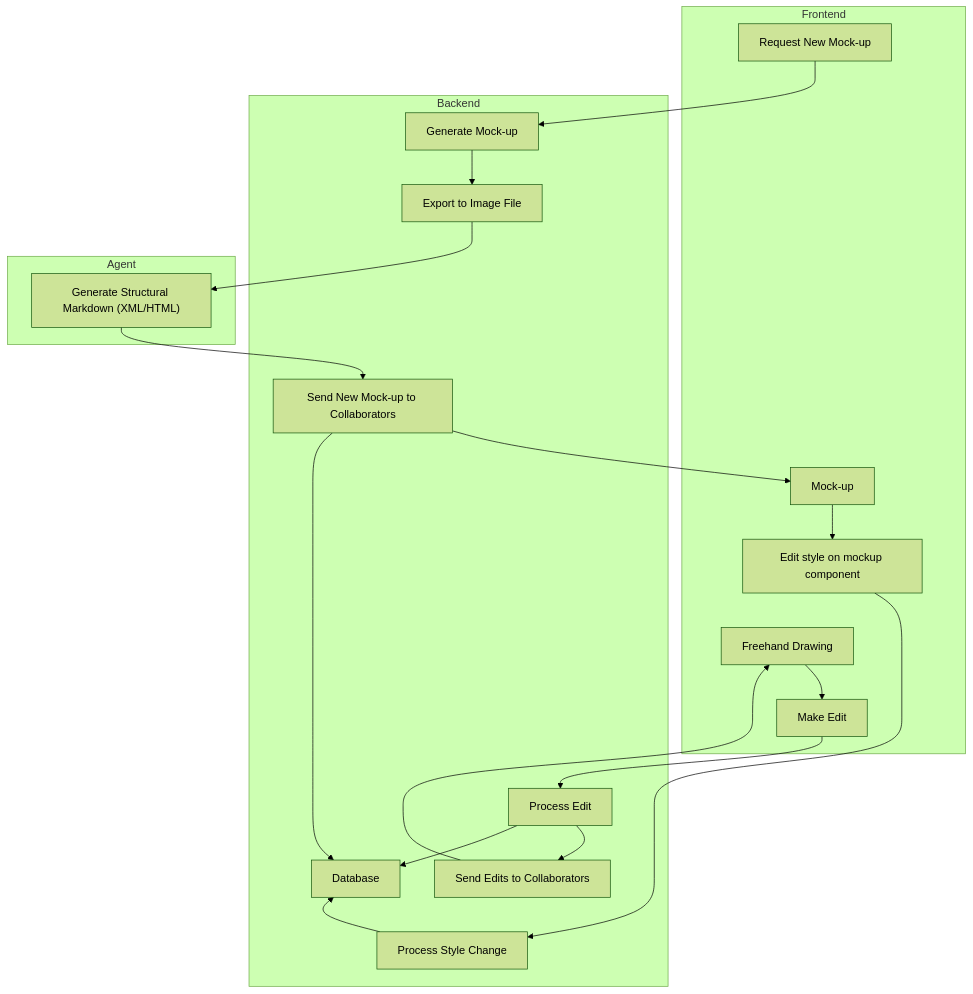
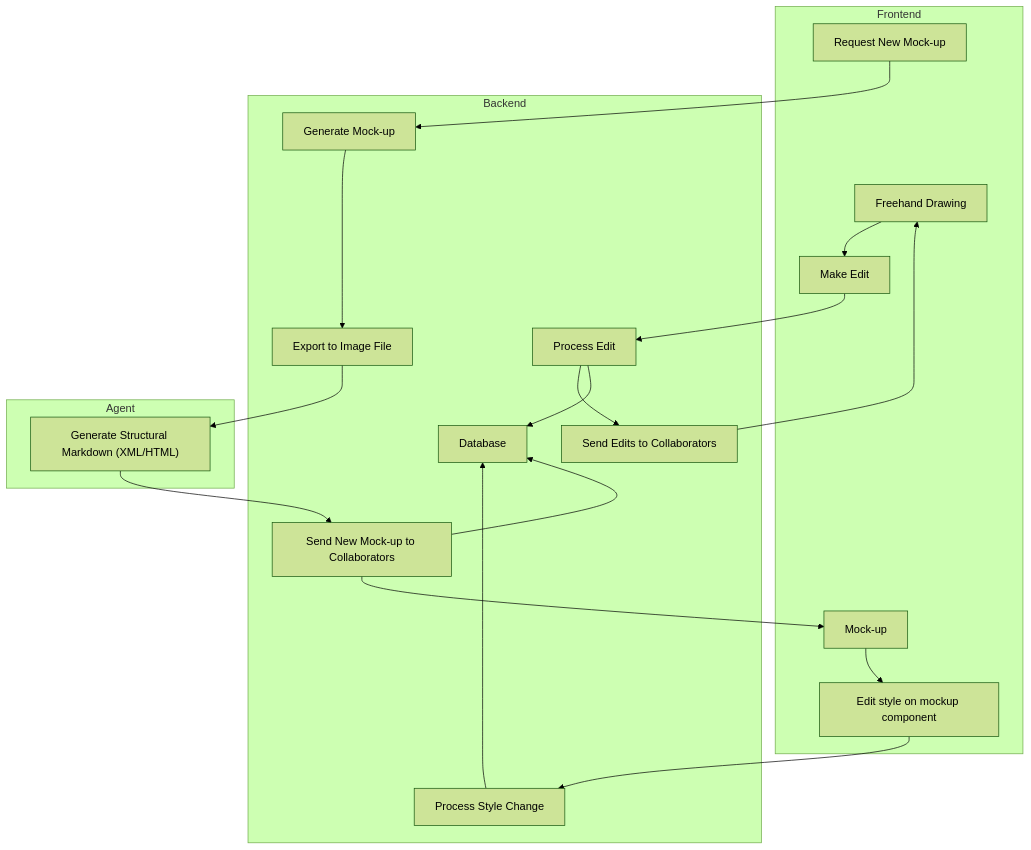
Before and after one commit to Capstone-Projects-2025-Fall/project-001-sketch2screen: the diagram in documentation/docs/requirements/system-block-diagram.md, drawn with Mermaid (forest theme).

Commit message:
adjust block diagram for cleaner render

````diff
--- a/documentation/docs/requirements/system-block-diagram.md
+++ b/documentation/docs/requirements/system-block-diagram.md
@@ -10,31 +10,32 @@
 ```mermaid
 flowchart TB
     subgraph frontend[Frontend]
         drawing[Freehand Drawing]
         edit[Make Edit]
         mockup[Mock-up]
         restyle[Edit style on mockup component]
         requestMockup[Request New Mock-up]
     end
     subgraph backend[Backend]
         generateMockup[Generate Mock-up]
         sendEdits[Send Edits to Collaborators]
         sendMockup[Send New Mock-up to Collaborators]
         database[Database]
         processEdit[Process Edit]
         processStyle[Process Style Change]
         fileExport[Export to Image File]
     end
     subgraph agnt[Agent]
         agent["Generate Structural Markdown (XML/HTML)"]
     end
     
 
     drawing-->edit-->processEdit-->sendEdits-->drawing
     processEdit-->database
     requestMockup-->generateMockup-->fileExport-->agent-->sendMockup-->mockup
     mockup-->restyle-->processStyle-->database
     sendMockup-->database
     restyle~~~drawing
-    database~~~processStyle
+    database~~~sendMockup
+    backend~~~frontend
 ```
````
